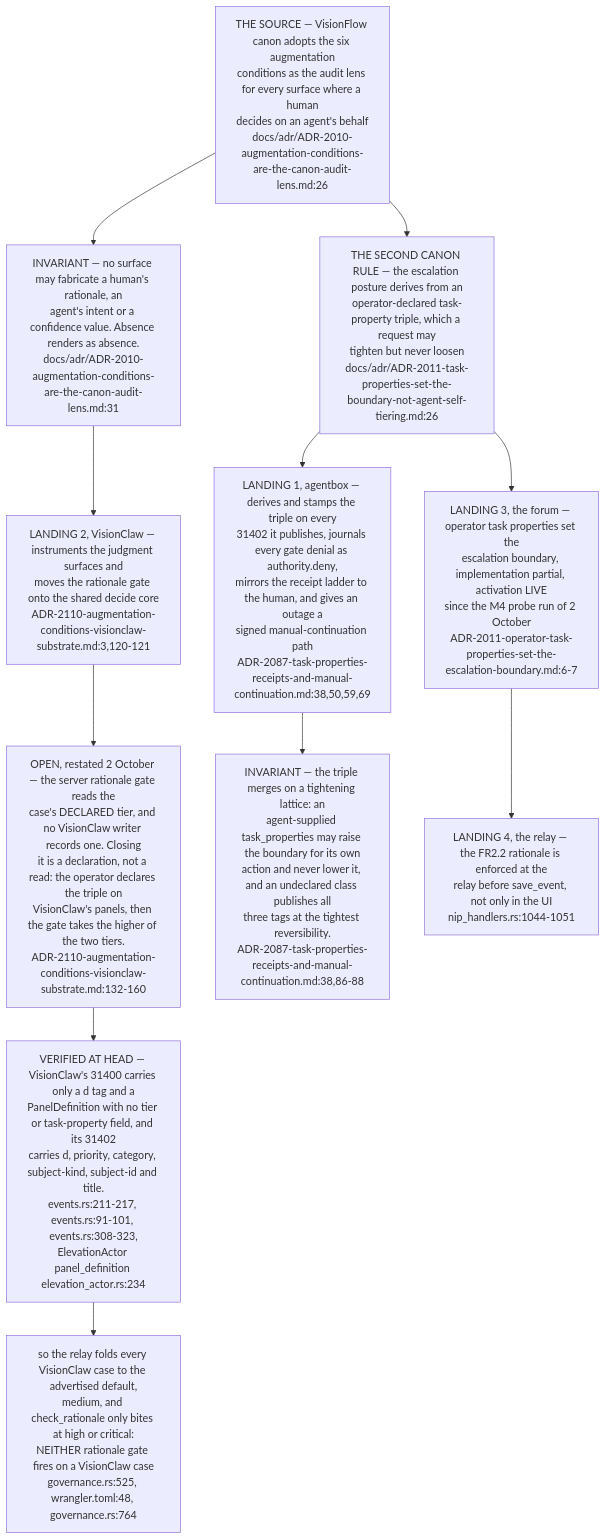
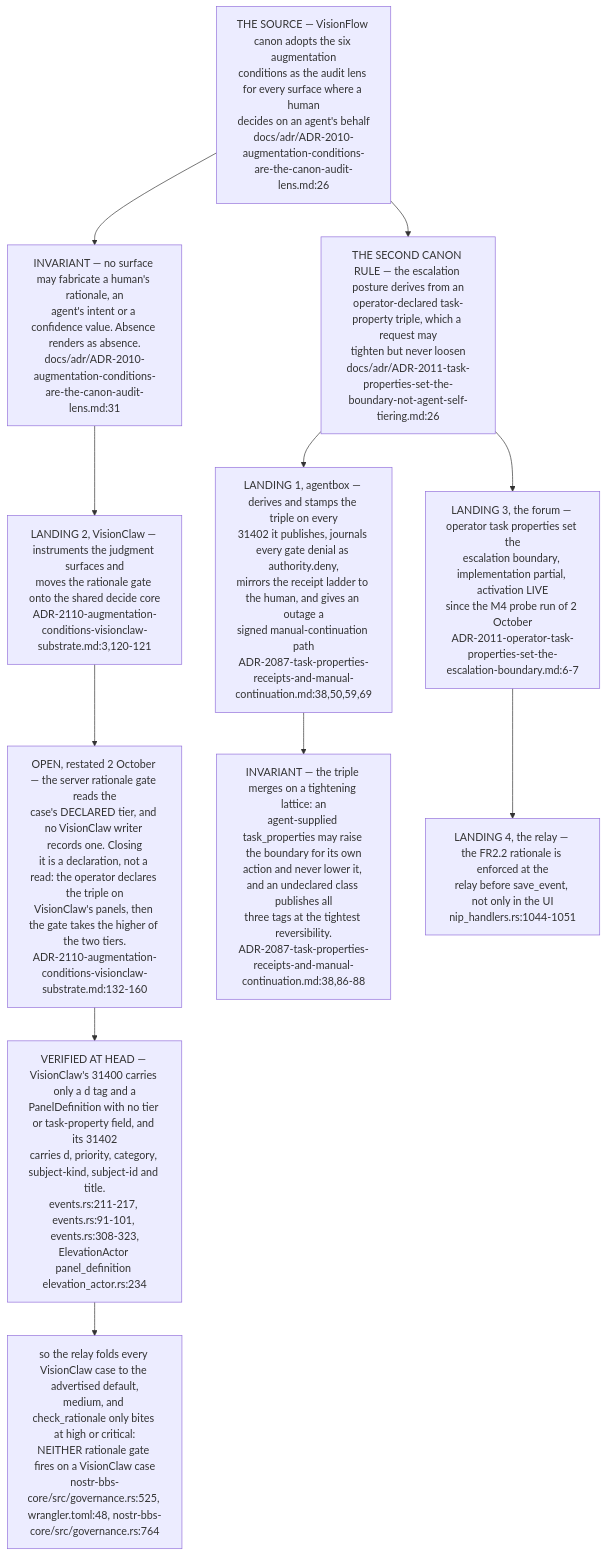
Before and after one commit to DreamLab-AI/VisionFlow: the eighth of 11 diagrams in docs/diagrams/estate/05-governance-loop-across-estate.md, drawn with Mermaid. The commit also changed other lines of this file and 14 other files, not shown here.

First line of the commit message:
docs(diagrams): custody role isolation — new AB-36, re-stamp 11 topics at the custody integration head

````diff
--- a/docs/diagrams/estate/05-governance-loop-across-estate.md
+++ b/docs/diagrams/estate/05-governance-loop-across-estate.md
@@ -229,27 +235,27 @@
 ```mermaid
 flowchart TB
     CANON["THE SOURCE — VisionFlow canon adopts the six augmentation<br/>conditions as the audit lens for every surface where a human<br/>decides on an agent's behalf<br/>docs/adr/ADR-2010-augmentation-conditions-are-the-canon-audit-lens.md:26"]
     RULE["INVARIANT — no surface may fabricate a human's rationale, an<br/>agent's intent or a confidence value. Absence renders as absence.<br/>docs/adr/ADR-2010-augmentation-conditions-are-the-canon-audit-lens.md:31"]
     BOUND["THE SECOND CANON RULE — the escalation posture derives from an<br/>operator-declared task-property triple, which a request may<br/>tighten but never loosen<br/>docs/adr/ADR-2011-task-properties-set-the-boundary-not-agent-self-tiering.md:26"]
     CANON --> RULE
     CANON --> BOUND
 
     AB["LANDING 1, agentbox — derives and stamps the triple on every<br/>31402 it publishes, journals every gate denial as authority.deny,<br/>mirrors the receipt ladder to the human, and gives an outage a<br/>signed manual-continuation path<br/>ADR-2087-task-properties-receipts-and-manual-continuation.md:38,50,59,69"]
     VC["LANDING 2, VisionClaw — instruments the judgment surfaces and<br/>moves the rationale gate onto the shared decide core<br/>ADR-2110-augmentation-conditions-visionclaw-substrate.md:3,120-121"]
     FRM["LANDING 3, the forum — operator task properties set the<br/>escalation boundary, implementation partial, activation LIVE<br/>since the M4 probe run of 2 October<br/>ADR-2011-operator-task-properties-set-the-escalation-boundary.md:6-7"]
     REL["LANDING 4, the relay — the FR2.2 rationale is enforced at the<br/>relay before save_event, not only in the UI<br/>nip_handlers.rs:1044-1051"]
 
     BOUND --> AB
     RULE --> VC
     BOUND --> FRM
     FRM --> REL
 
     OPEN["OPEN, restated 2 October — the server rationale gate reads the<br/>case's DECLARED tier, and no VisionClaw writer records one. Closing<br/>it is a declaration, not a read: the operator declares the triple on<br/>VisionClaw's panels, then the gate takes the higher of the two tiers.<br/>ADR-2110-augmentation-conditions-visionclaw-substrate.md:132-160"]
     NOTIER["VERIFIED AT HEAD — VisionClaw's 31400 carries only a d tag and a<br/>PanelDefinition with no tier or task-property field, and its 31402<br/>carries d, priority, category, subject-kind, subject-id and title.<br/>events.rs:211-217, events.rs:91-101, events.rs:308-323,<br/>ElevationActor panel_definition elevation_actor.rs:234"]
-    MED["so the relay folds every VisionClaw case to the advertised default,<br/>medium, and check_rationale only bites at high or critical:<br/>NEITHER rationale gate fires on a VisionClaw case<br/>governance.rs:525, wrangler.toml:48, governance.rs:764"]
+    MED["so the relay folds every VisionClaw case to the advertised default,<br/>medium, and check_rationale only bites at high or critical:<br/>NEITHER rationale gate fires on a VisionClaw case<br/>nostr-bbs-core/src/governance.rs:525, wrangler.toml:48, nostr-bbs-core/src/governance.rs:764"]
     OPEN --> NOTIER --> MED
     VC --> OPEN
 
     TIGHT["INVARIANT — the triple merges on a tightening lattice: an<br/>agent-supplied task_properties may raise the boundary for its own<br/>action and never lower it, and an undeclared class publishes all<br/>three tags at the tightest reversibility.<br/>ADR-2087-task-properties-receipts-and-manual-continuation.md:38,86-88"]
     AB --> TIGHT
 ```
````
